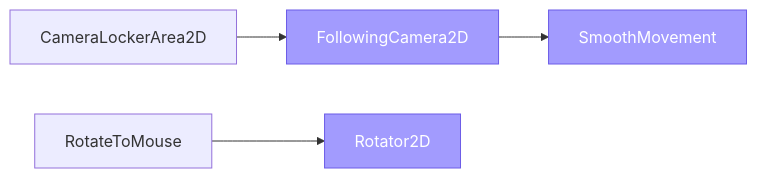
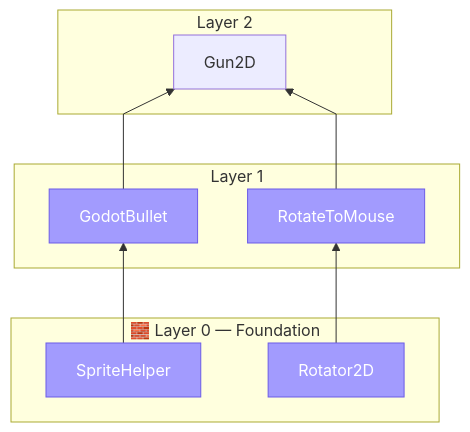
The diagram in ADDONS.md (ChillCube/.github), drawn with Mermaid before and after one commit. The commit also changed other lines of this file, not shown here.

Commit message:
registry: update dependency tree

````diff
--- a/ADDONS.md
+++ b/ADDONS.md
@@ -180,25 +179,35 @@
 ```mermaid
-flowchart LR
-    classDef core  fill:#4a9eff,stroke:#2471d4,color:#fff,font-weight:bold
+%%{init: {"flowchart": {"curve": "linear"}}}%%
+flowchart BT
+    classDef core  fill:#4a9eff,stroke:#2471d4,color:#fff
     classDef shared fill:#a29bfe,stroke:#6c5ce7,color:#fff
+    classDef external fill:#fd9644,stroke:#e67e22,color:#fff
 
-    CameraLockerArea2D["CameraLockerArea2D"]
-    FollowingCamera2D["FollowingCamera2D"]
-    Godot_SmoothMovement["SmoothMovement"]
-    RotateToMouse["RotateToMouse"]
-    Rotator2D["Rotator2D"]
+    subgraph Layer_0["🧱 Layer 0 — Foundation"]
+        rotator2d["Rotator2D"]
+        spritehelper["SpriteHelper"]
+    end
+    subgraph Layer_1["Layer 1"]
+        godotbullet["GodotBullet"]
+        rotatetomouse["RotateToMouse"]
+    end
+    subgraph Layer_2["Layer 2"]
+        gun2d["Gun2D"]
+    end
 
-    CameraLockerArea2D --> FollowingCamera2D
-    FollowingCamera2D --> Godot_SmoothMovement
-    RotateToMouse --> Rotator2D
+    godotbullet --> gun2d
+    rotatetomouse --> gun2d
+    rotator2d --> rotatetomouse
+    spritehelper --> godotbullet
 
-    class FollowingCamera2D shared
-    class Godot_SmoothMovement shared
-    class Rotator2D shared
+    class godotbullet shared
+    class rotatetomouse shared
+    class rotator2d shared
+    class spritehelper shared
 
-    click CameraLockerArea2D href "https://github.com/ChillCube/CameraLockerArea2D" _blank
-    click FollowingCamera2D href "https://github.com/ChillCube/FollowingCamera2D" _blank
-    click Godot_SmoothMovement href "https://github.com/ChillCube/Godot_SmoothMovement" _blank
-    click RotateToMouse href "https://github.com/ChillCube/RotateToMouse" _blank
-    click Rotator2D href "https://github.com/ChillCube/Rotator2D" _blank
+    click godotbullet href "https://github.com/ChillCube/GodotBullet" _blank
+    click gun2d href "https://github.com/ChillCube/Gun2D" _blank
+    click rotatetomouse href "https://github.com/ChillCube/RotateToMouse" _blank
+    click rotator2d href "https://github.com/ChillCube/Rotator2D" _blank
+    click spritehelper href "https://github.com/ChillCube/SpriteHelper" _blank
 ```
````
